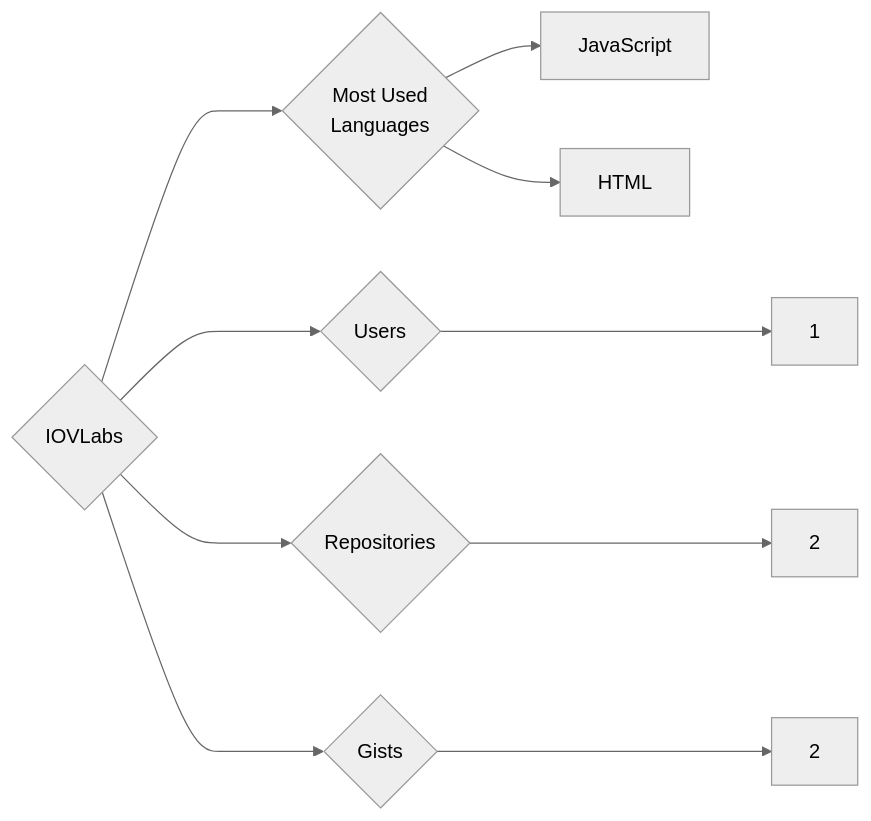
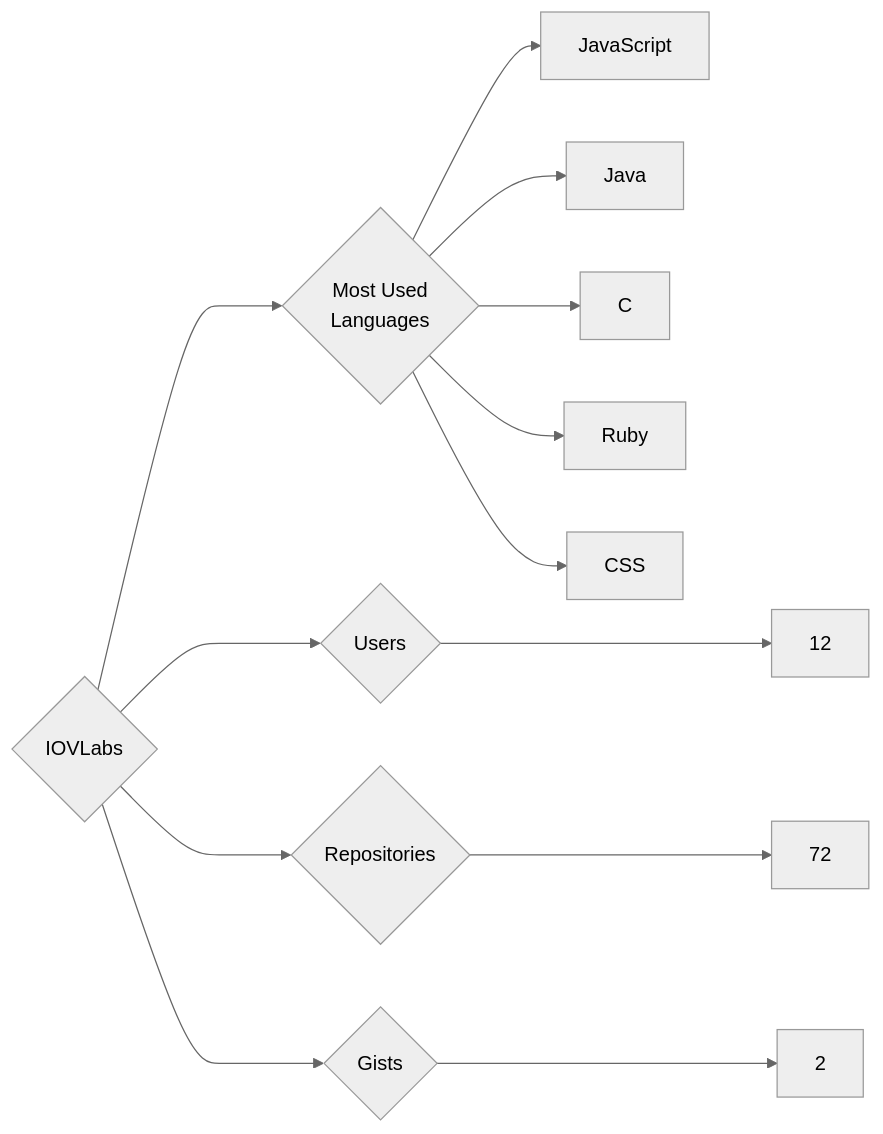
Before and after one commit to trickest/insiders: the diagram in targets/IOVLabs/README.md, drawn with Mermaid (neutral theme). The commit also changed 1314 other files, not shown here.

````diff
--- a/targets/IOVLabs/README.md
+++ b/targets/IOVLabs/README.md
@@ -3,10 +3,13 @@
 ```mermaid
 graph LR
 COMPANY_NAME{IOVLabs}
-COMPANY_NAME ---> U{Users} ---> UN[1]
-COMPANY_NAME ---> R{Repositories} ---> RN[2]
+COMPANY_NAME ---> U{Users} ---> UN[12]
+COMPANY_NAME ---> R{Repositories} ---> RN[72]
 COMPANY_NAME ---> G{Gists} ---> GN[2]
 COMPANY_NAME ---> ML{Most Used<br>Languages}
 ML --> JavaScript[JavaScript]
-ML --> HTML[HTML]
+ML --> Java[Java]
+ML --> C[C]
+ML --> Ruby[Ruby]
+ML --> CSS[CSS]
 ```
````
